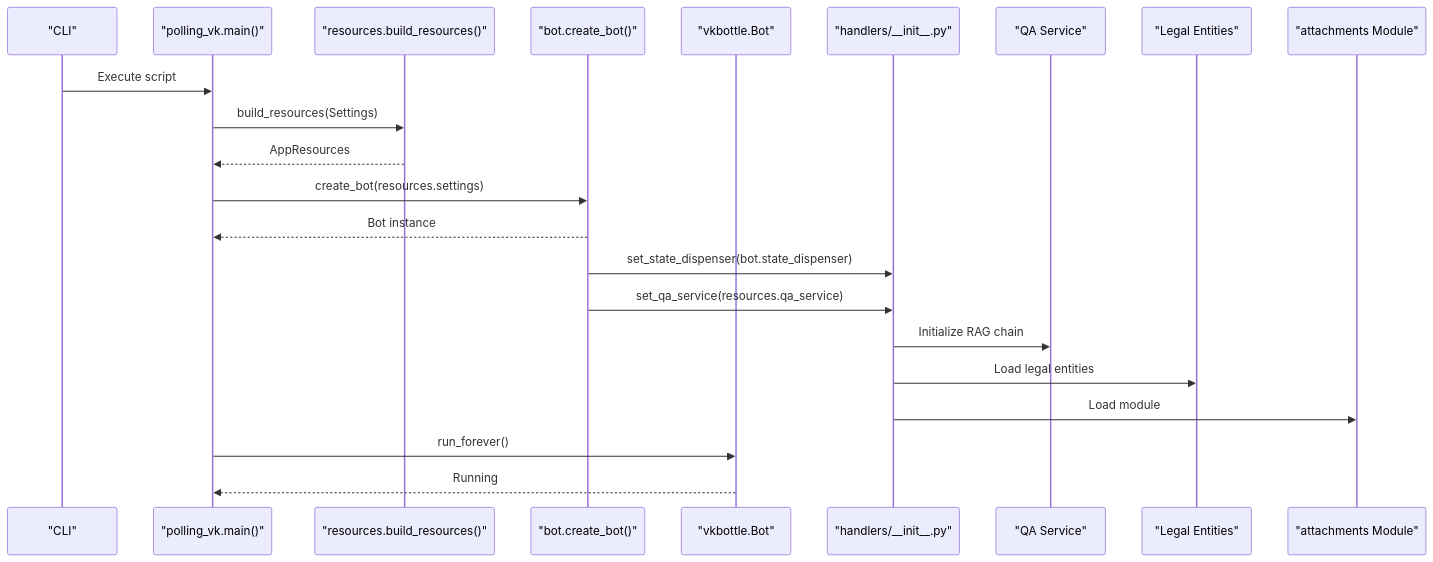
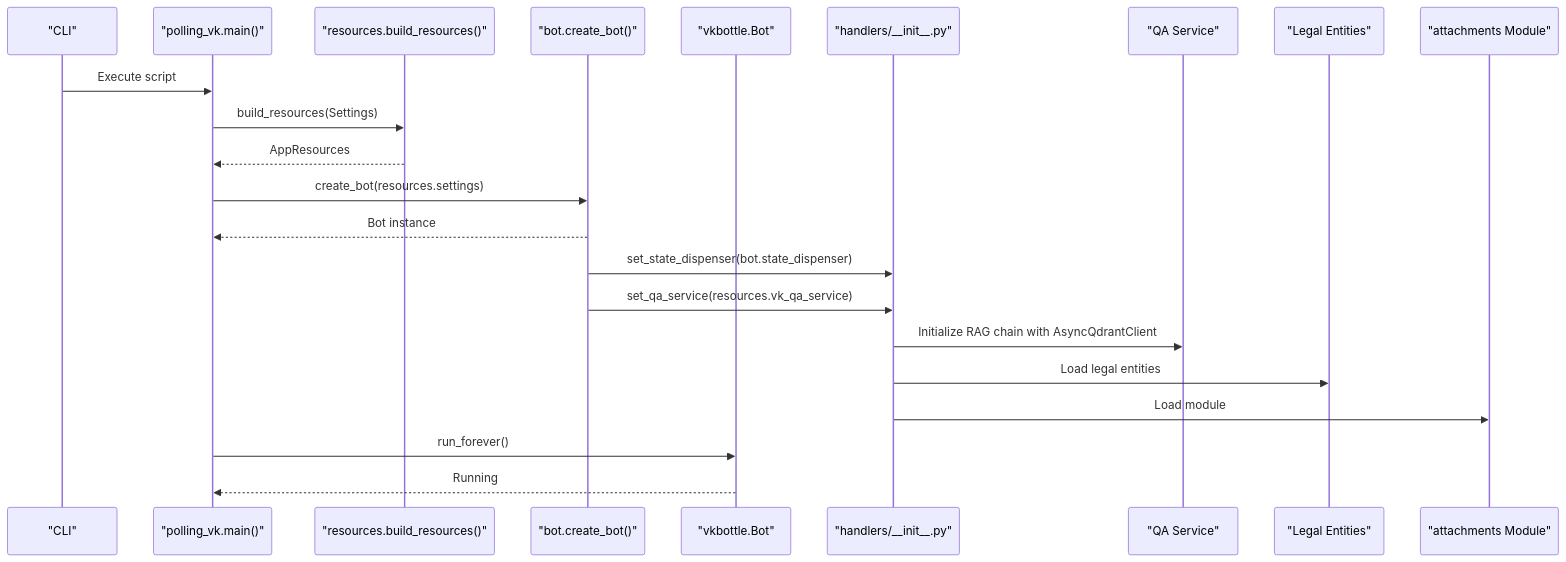
One commit to ognelis/cafetera_hr_bot changed diagram 22 of 25 in .qoder/repowiki/en/content/VK Integration/VK Integration.md. Above: the diagram before and after it, drawn with Mermaid. The commit also changed other lines of this file and 25 other files, not shown here.

````diff
--- a/.qoder/repowiki/en/content/VK Integration/VK Integration.md
+++ b/.qoder/repowiki/en/content/VK Integration/VK Integration.md
@@ -996,24 +1169,24 @@
 ```mermaid
 sequenceDiagram
 participant CLI as "CLI"
 participant Runner as "polling_vk.main()"
 participant Resources as "resources.build_resources()"
 participant Factory as "bot.create_bot()"
 participant Bot as "vkbottle.Bot"
 participant Utils as "handlers/__init__.py"
 participant QA as "QA Service"
 participant Entities as "Legal Entities"
 participant Attachments as "attachments Module"
 CLI->>Runner : Execute script
 Runner->>Resources : build_resources(Settings)
 Resources-->>Runner : AppResources
 Runner->>Factory : create_bot(resources.settings)
 Factory-->>Runner : Bot instance
 Factory->>Utils : set_state_dispenser(bot.state_dispenser)
-Factory->>Utils : set_qa_service(resources.qa_service)
-Utils->>QA : Initialize RAG chain
+Factory->>Utils : set_qa_service(resources.vk_qa_service)
+Utils->>QA : Initialize RAG chain with AsyncQdrantClient
 Utils->>Entities : Load legal entities
 Utils->>Attachments : Load module
 Runner->>Bot : run_forever()
 Bot-->>Runner : Running
 ```
````
